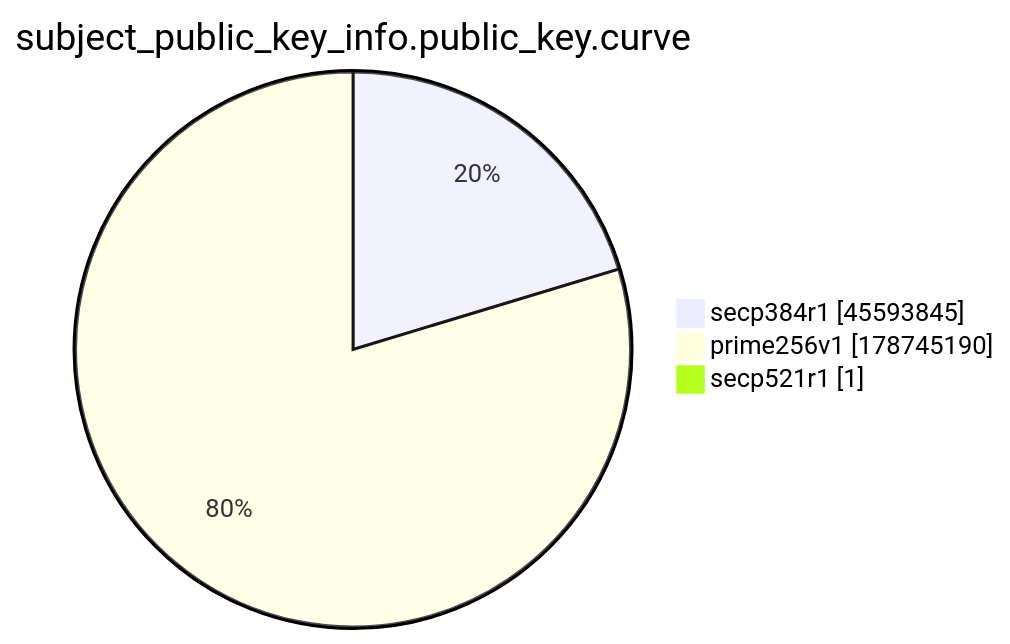
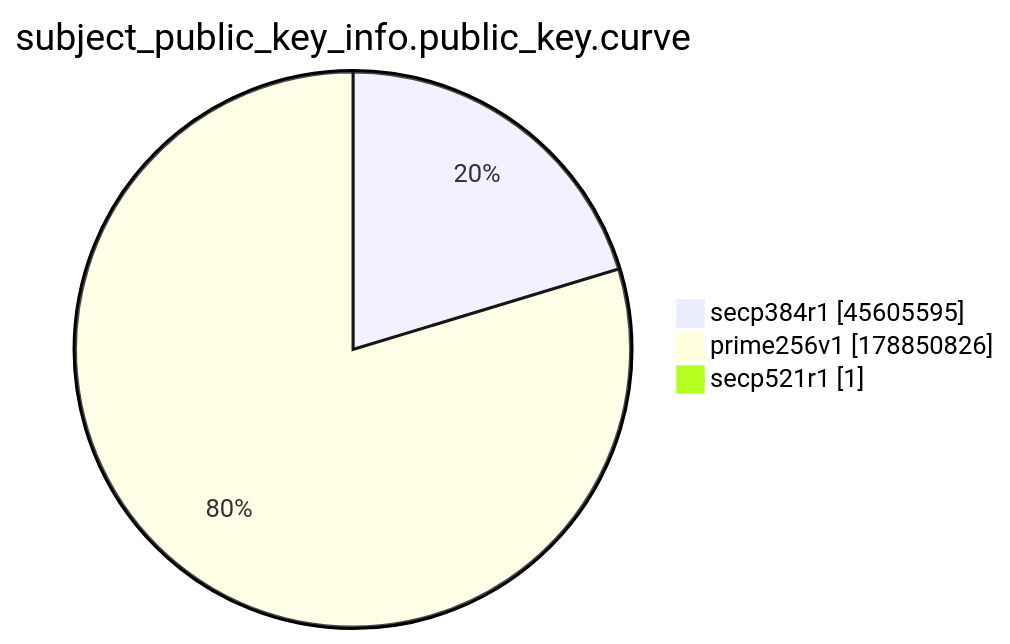
Before and after one commit to christiankrug/ctmonitor_visualization: the ninth of 15 diagrams in xenon2022/README.md, drawn with Mermaid. The commit also changed other lines of this file, not shown here.

````diff
--- a/xenon2022/README.md
+++ b/xenon2022/README.md
@@ -2873,7 +2873,7 @@
 ```mermaid
 pie showData
 title subject_public_key_info.public_key.curve
-"secp384r1" :45593845
-"prime256v1" :178745190
+"secp384r1" :45605595
+"prime256v1" :178850826
 "secp521r1" :1
 ```
````
